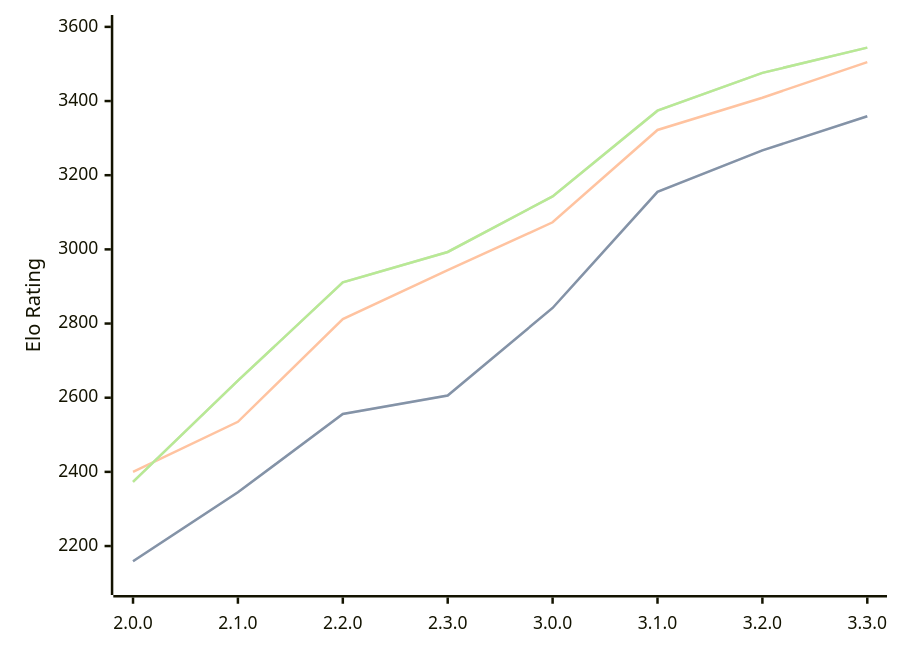
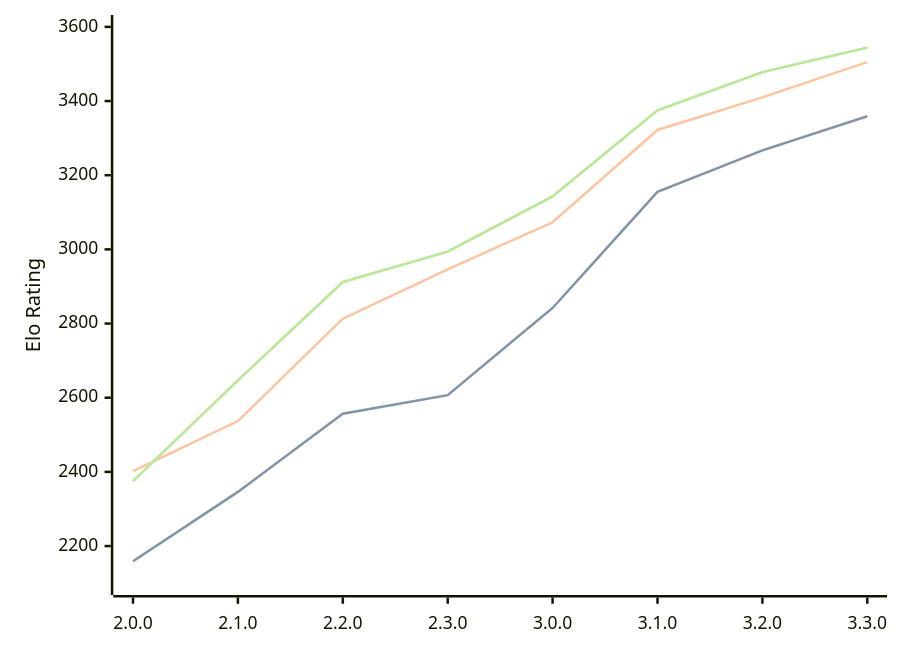
One commit to computer-chess-index/cci changed the diagram in engines/Raphael.md. Above: the diagram before and after it, drawn with Mermaid. The commit also changed other lines of this file, not shown here.

Commit message:
Update CCI Ratings (ELO VLTC) - 2026-04-25

````diff
--- a/engines/Raphael.md
+++ b/engines/Raphael.md
@@ -50,11 +50,11 @@
 ```mermaid
 %%{init: {"theme":"base","themeVariables":{"seriesColors:['#a3a3a3','#222221','#faa371']}}}%%
 xychart-beta
   x-axis ["2.0.0", "2.1.0", "2.2.0", "2.3.0", "3.0.0", "3.1.0", "3.2.0", "3.3.0"]
   y-axis "Elo Rating" 2100 --> 3600
-  line "STC (8.0+0.08s)" [2159, 2345, 2556, 2606, 2842, 3155, 3267, 3359]
-  line "STC (8.0+0.08s)" [2159, 2345, 2556, 2606, 2842, 3155, 3267, 3359]
-  line "LTC (60.0+0.60s)" [2400, 2535, 2812, 2944, 3073, 3322, 3409, 3505]
-  line "VLTC (2m24s+1.12s)" [2373, 2646, 2911, 2993, 3143, 3374, 3476, 3544]
-  line "VLTC (2m24s+1.12s)" [2373, 2646, 2911, 2993, 3143, 3374, 3476, 3544]
+  line "STC (8.0+0.08s)" [2159, 2346, 2557, 2607, 2842, 3155, 3267, 3359]
+  line "STC (8.0+0.08s)" [2159, 2346, 2557, 2607, 2842, 3155, 3267, 3359]
+  line "LTC (60.0+0.60s)" [2402, 2537, 2813, 2946, 3073, 3322, 3410, 3505]
+  line "VLTC (2m24s+1.12s)" [2375, 2647, 2912, 2994, 3143, 3375, 3478, 3544]
+  line "VLTC (2m24s+1.12s)" [2375, 2647, 2912, 2994, 3143, 3375, 3478, 3544]
 ```
````
